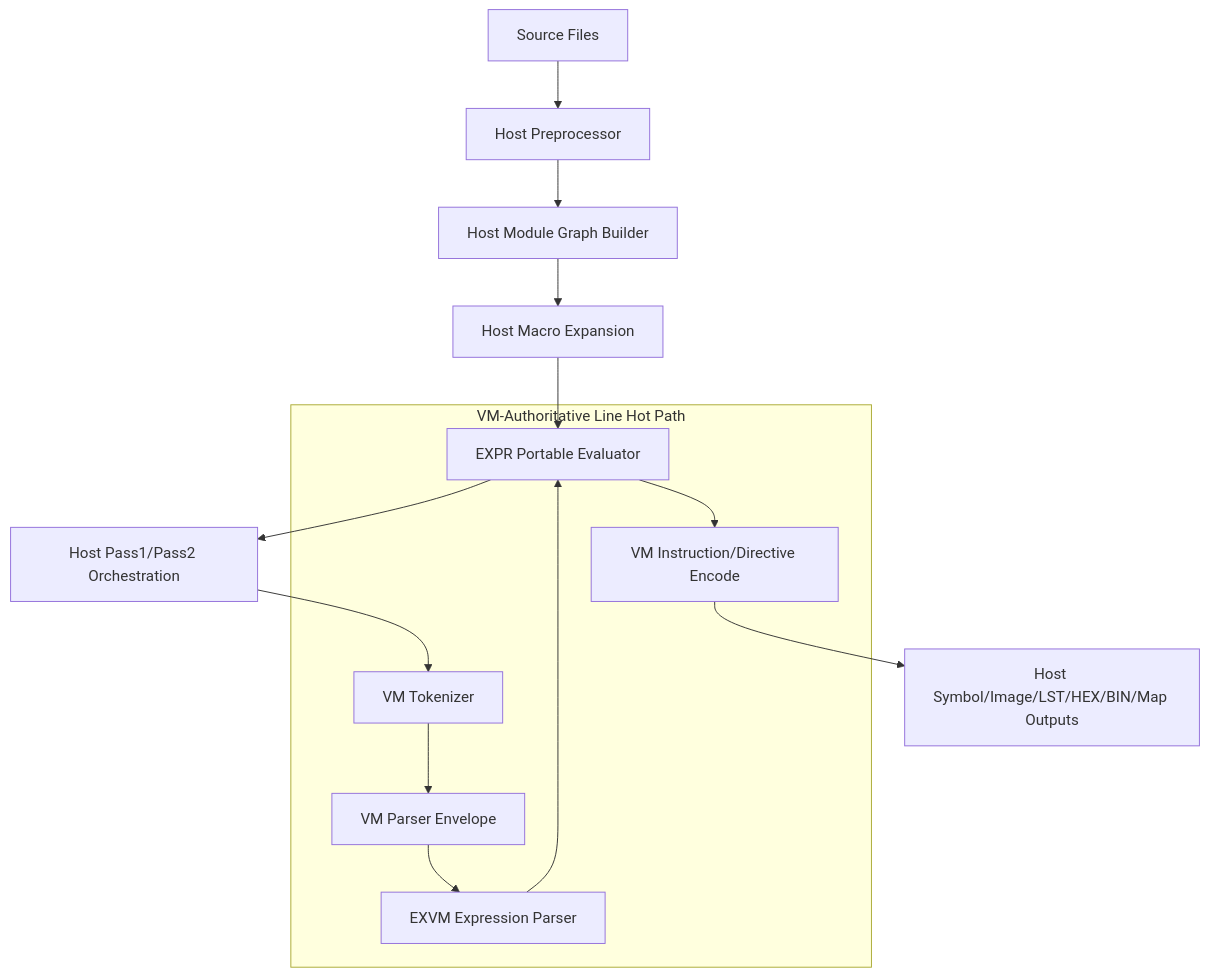
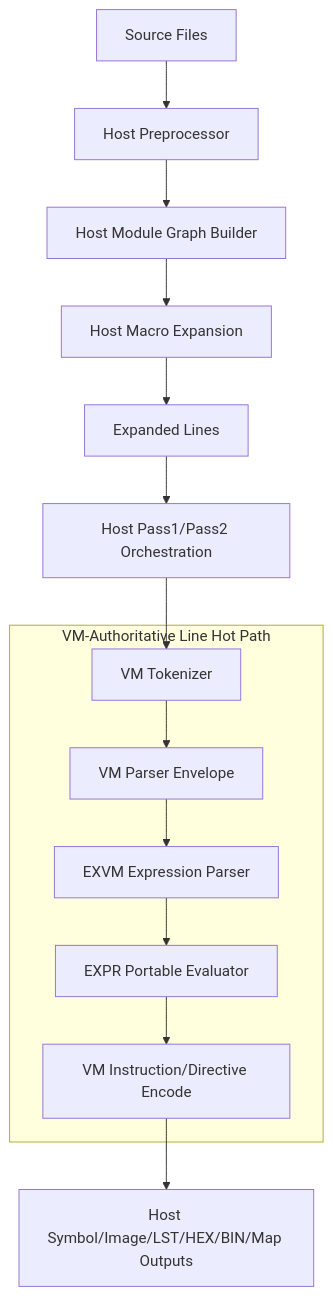
The first of 3 diagrams in documentation/vm-boundary-protocol-v1.md (pig-games/opForge), drawn with Mermaid before and after one commit. The commit also changed other lines of this file, not shown here.

````diff
--- a/documentation/vm-boundary-protocol-v1.md
+++ b/documentation/vm-boundary-protocol-v1.md
@@ -50,18 +50,18 @@
 ```mermaid
 flowchart TD
 	A[Source Files] --> B[Host Preprocessor]
 	B --> C[Host Module Graph Builder]
 	C --> D[Host Macro Expansion]
 	D --> E[Expanded Lines]
 	E --> F[Host Pass1/Pass2 Orchestration]
 
 	subgraph VM_HOT_PATH[VM-Authoritative Line Hot Path]
 	  T[VM Tokenizer] --> P[VM Parser Envelope]
 	  P --> X[EXVM Expression Parser]
-	  X --> E[EXPR Portable Evaluator]
-	  E --> I[VM Instruction/Directive Encode]
+	  X --> PE[EXPR Portable Evaluator]
+	  PE --> I[VM Instruction/Directive Encode]
 	end
 
 	F --> T
 	I --> G[Host Symbol/Image/LST/HEX/BIN/Map Outputs]
 ```
````
